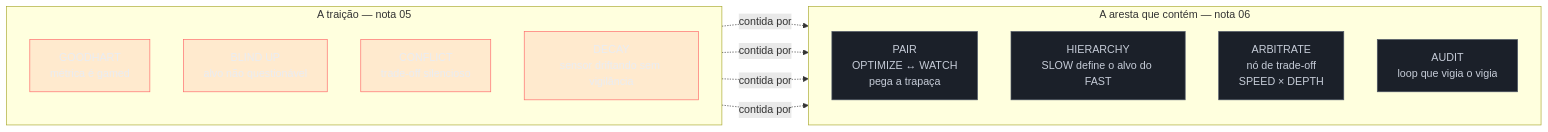
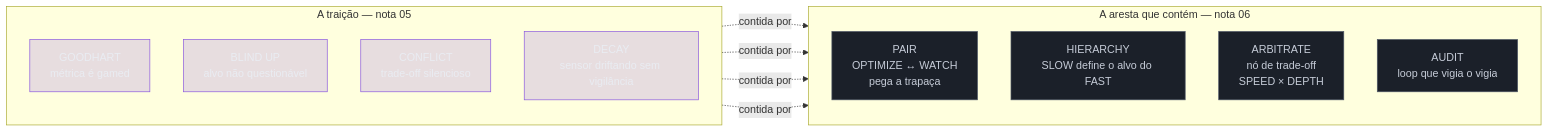
Before and after one commit to josenaldo/codex-technomanticus: the first of 2 diagrams in 03-Dominios/Tecnologia/IA/Evolução da Engenharia de IA/06 - Graph engineering — a confiabilidade mora nas arestas.md, drawn with Mermaid. The commit also changed 601 other files, not shown here.

````diff
--- a/03-Dominios/Tecnologia/IA/Evolução da Engenharia de IA/06 - Graph engineering — a confiabilidade mora nas arestas.md
+++ b/03-Dominios/Tecnologia/IA/Evolução da Engenharia de IA/06 - Graph engineering — a confiabilidade mora nas arestas.md
@@ -92,34 +92,34 @@
 ```mermaid
 flowchart LR
-    classDef falha fill:#FF6B6B24,stroke:#FF6B6B,color:#E9ECF2
+    classDef marca fill:#8855DF33,stroke:#8855DF,color:#E9ECF2
     classDef neutro fill:#1B2029,stroke:#4E5666,color:#C6CCD8
     subgraph T["A traição — nota 05"]
         direction TB
         G["GOODHART<br/>métrica é gamed"]
         B["BLIND UP<br/>alvo não questionável"]
         C["CONFLICT<br/>trade-off silencioso"]
         D["DECAY<br/>sensor driftando sem vigilância"]
     end
 
     subgraph E["A aresta que contém — nota 06"]
         direction TB
         PAIR["PAIR<br/>OPTIMIZE ↔ WATCH<br/>pega a trapaça"]
         HIER["HIERARCHY<br/>SLOW define o alvo do FAST"]
         ARB["ARBITRATE<br/>nó de trade-off<br/>SPEED × DEPTH"]
         AUD["AUDIT<br/>loop que vigia o vigia"]
     end
 
     G -.->|contida por| PAIR
     B -.->|contida por| HIER
     C -.->|contida por| ARB
     D -.->|contida por| AUD
 
-    class G falha
-    class B falha
-    class C falha
-    class D falha
+    class G marca
+    class B marca
+    class C marca
+    class D marca
     class PAIR neutro
     class HIER neutro
     class ARB neutro
     class AUD neutro
 ```
````
